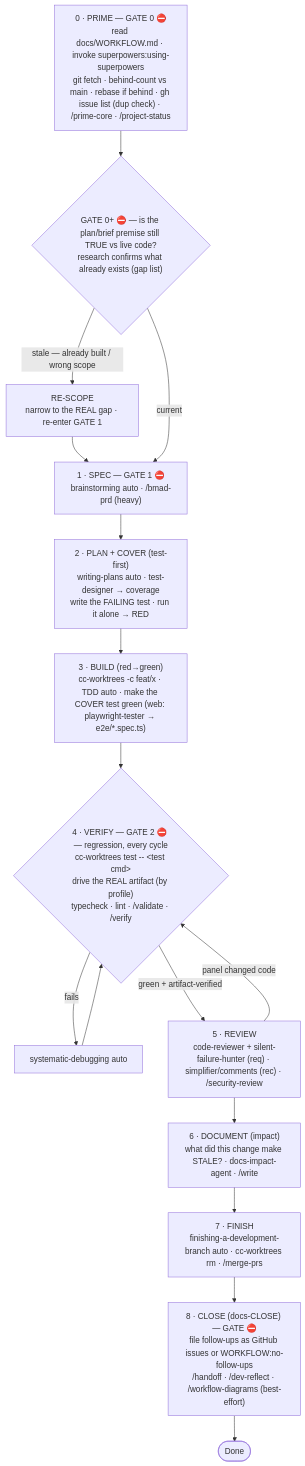
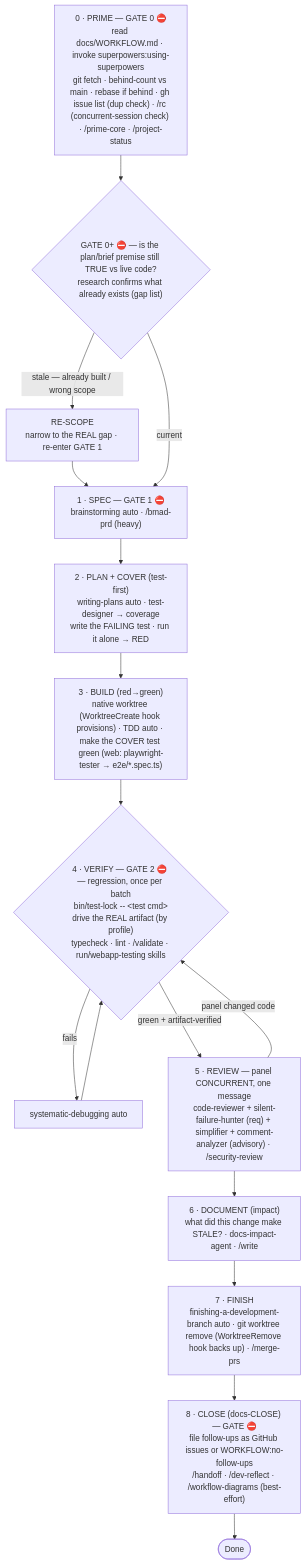
Before and after one commit to HenriGeorge/Yannick: the first of 2 diagrams in .claude/rules/workflow.md, drawn with Mermaid. The commit also changed other lines of this file and 6 other files, not shown here.

Commit message:
chore(rules): refresh 9 canonical workflow rules from template (retire cc-worktrees refs)

````diff
--- a/.claude/rules/workflow.md
+++ b/.claude/rules/workflow.md
@@ -40,20 +43,20 @@
 ```mermaid
 flowchart TD
-    P0["0 · PRIME — GATE 0 ⛔<br/>read docs/WORKFLOW.md · invoke superpowers:using-superpowers<br/>git fetch · behind-count vs main · rebase if behind · gh issue list (dup check) · /prime-core · /project-status"] --> G0
+    P0["0 · PRIME — GATE 0 ⛔<br/>read docs/WORKFLOW.md · invoke superpowers:using-superpowers<br/>git fetch · behind-count vs main · rebase if behind · gh issue list (dup check) · /rc (concurrent-session check) · /prime-core · /project-status"] --> G0
     G0{"GATE 0+ ⛔ — is the plan/brief premise still TRUE vs live code?<br/>research confirms what already exists (gap list)"}
     G0 -->|"stale — already built / wrong scope"| RS["RE-SCOPE<br/>narrow to the REAL gap · re-enter GATE 1"]
     RS --> P1
     G0 -->|"current"| P1
     P1["1 · SPEC — GATE 1 ⛔<br/>brainstorming auto · /bmad-prd (heavy)"] --> P2
     P2["2 · PLAN + COVER (test-first)<br/>writing-plans auto · test-designer → coverage<br/>write the FAILING test · run it alone → RED"] --> P3
-    P3["3 · BUILD (red→green)<br/>cc-worktrees -c feat/x · TDD auto · make the COVER test green (web: playwright-tester → e2e/*.spec.ts)"] --> P4
-    P4{"4 · VERIFY — GATE 2 ⛔ — regression, every cycle<br/>cc-worktrees test -- &lt;test cmd&gt;<br/>drive the REAL artifact (by profile)<br/>typecheck · lint · /validate · /verify"}
+    P3["3 · BUILD (red→green)<br/>native worktree (WorktreeCreate hook provisions) · TDD auto · make the COVER test green (web: playwright-tester → e2e/*.spec.ts)"] --> P4
+    P4{"4 · VERIFY — GATE 2 ⛔ — regression, once per batch<br/>bin/test-lock -- &lt;test cmd&gt;<br/>drive the REAL artifact (by profile)<br/>typecheck · lint · /validate · run/webapp-testing skills"}
     P4 -->|fails| DBG["systematic-debugging auto"]
     DBG --> P4
-    P4 -->|"green + artifact-verified"| P5["5 · REVIEW<br/>code-reviewer + silent-failure-hunter (req) · simplifier/comments (rec) · /security-review"]
+    P4 -->|"green + artifact-verified"| P5["5 · REVIEW — panel CONCURRENT, one message<br/>code-reviewer + silent-failure-hunter (req) + simplifier + comment-analyzer (advisory) · /security-review"]
     P5 -->|"panel changed code"| P4
     P5 --> P6["6 · DOCUMENT (impact)<br/>what did this change make STALE? · docs-impact-agent · /write"]
-    P6 --> P7["7 · FINISH<br/>finishing-a-development-branch auto · cc-worktrees rm · /merge-prs"]
+    P6 --> P7["7 · FINISH<br/>finishing-a-development-branch auto · git worktree remove (WorktreeRemove hook backs up) · /merge-prs"]
     P7 --> P8["8 · CLOSE (docs-CLOSE) — GATE ⛔<br/>file follow-ups as GitHub issues or WORKFLOW:no-follow-ups<br/>/handoff · /dev-reflect · /workflow-diagrams (best-effort)"]
     P8 --> Done([Done])
 ```
````
